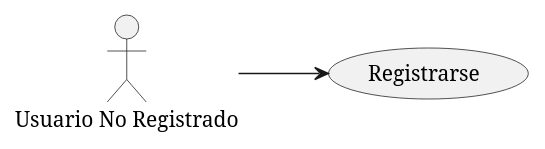
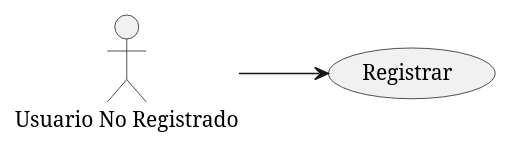
Before and after one commit to mmasias/24-25-IdSw1-SDR: the diagram in Documentos/CasosUso/CdU_UsuarioNoRegistrado.puml, drawn with PlantUML.

Commit message:
registrar en vez de registrarse

```diff
--- a/Documentos/CasosUso/CdU_UsuarioNoRegistrado.puml
+++ b/Documentos/CasosUso/CdU_UsuarioNoRegistrado.puml
@@ -1,10 +1,10 @@
 @startuml
 left to right direction
 
 actor "Usuario No Registrado" as UsuarioNoRegistrado
 
 
-usecase "Registrarse" as Registrarse
+usecase "Registrar" as Registrarse
 UsuarioNoRegistrado --> Registrarse
 
 @enduml
```
